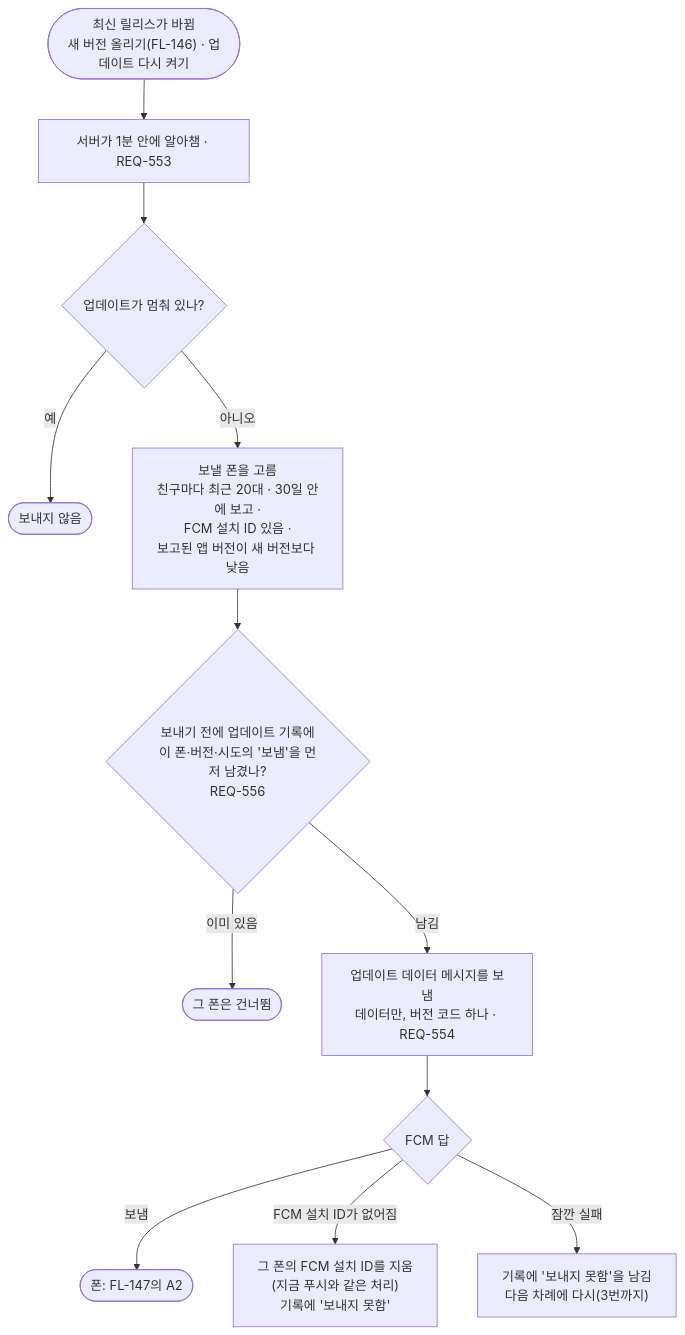
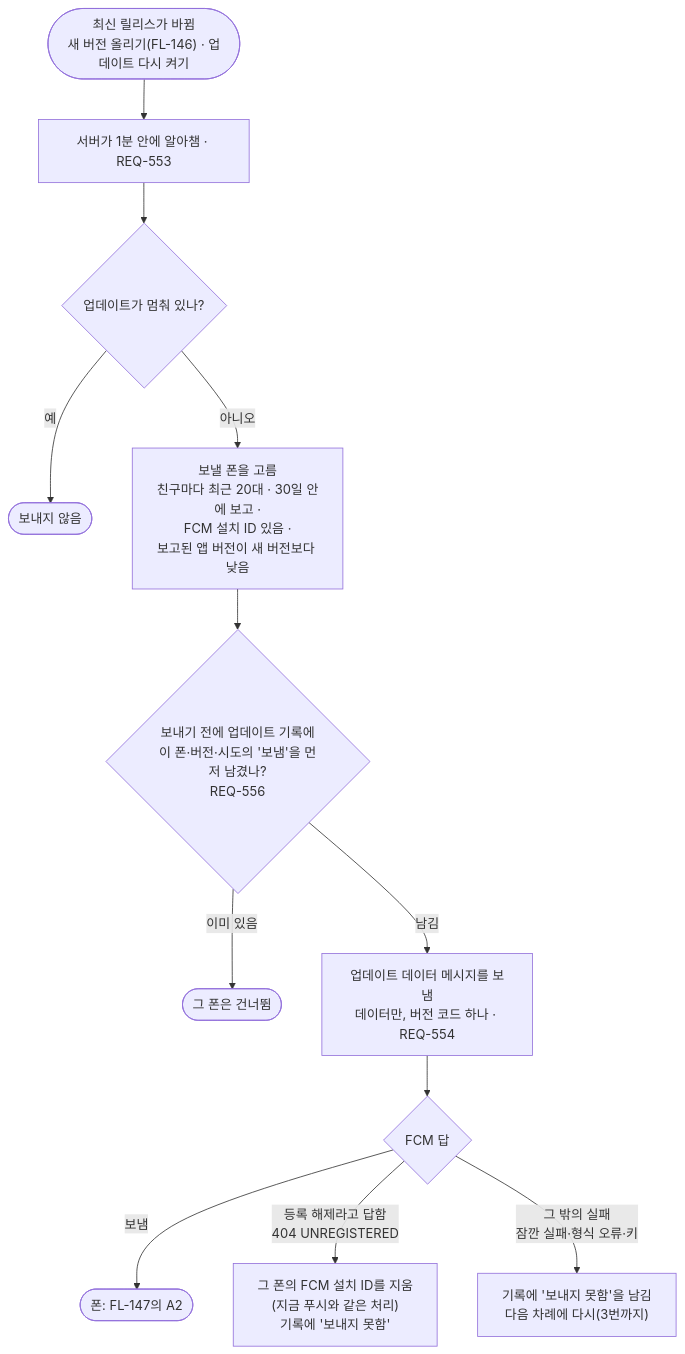
The diagram in docs/03-user-flow/FL-193-app-update-wake.md (kodonghui/marong2), drawn with Mermaid before and after one commit. The commit also changed other lines of this file and 12 other files, not shown here.

````diff
--- a/docs/03-user-flow/FL-193-app-update-wake.md
+++ b/docs/03-user-flow/FL-193-app-update-wake.md
@@ -9,14 +11,14 @@
 ```mermaid
 flowchart TD
   A(["최신 릴리스가 바뀜<br/>새 버전 올리기(FL-146) · 업데이트 다시 켜기"]) --> B["서버가 1분 안에 알아챔 · REQ-553"]
   B --> C{"업데이트가 멈춰 있나?"}
   C -->|예| Z(["보내지 않음"])
   C -->|아니오| D["보낼 폰을 고름<br/>친구마다 최근 20대 · 30일 안에 보고 ·<br/>FCM 설치 ID 있음 ·<br/>보고된 앱 버전이 새 버전보다 낮음"]
   D --> E{"보내기 전에 업데이트 기록에<br/>이 폰·버전·시도의 '보냄'을 먼저 남겼나?<br/>REQ-556"}
   E -->|"이미 있음"| Z2(["그 폰은 건너뜀"])
   E -->|"남김"| F["업데이트 데이터 메시지를 보냄<br/>데이터만, 버전 코드 하나 · REQ-554"]
   F --> G{"FCM 답"}
   G -->|보냄| K(["폰: FL-147의 A2"])
-  G -->|"FCM 설치 ID가 없어짐"| I["그 폰의 FCM 설치 ID를 지움<br/>(지금 푸시와 같은 처리)<br/>기록에 '보내지 못함'"]
-  G -->|"잠깐 실패"| J["기록에 '보내지 못함'을 남김<br/>다음 차례에 다시(3번까지)"]
+  G -->|"등록 해제라고 답함<br/>404 UNREGISTERED"| I["그 폰의 FCM 설치 ID를 지움<br/>(지금 푸시와 같은 처리)<br/>기록에 '보내지 못함'"]
+  G -->|"그 밖의 실패<br/>잠깐 실패·형식 오류·키"| J["기록에 '보내지 못함'을 남김<br/>다음 차례에 다시(3번까지)"]
 ```
````
